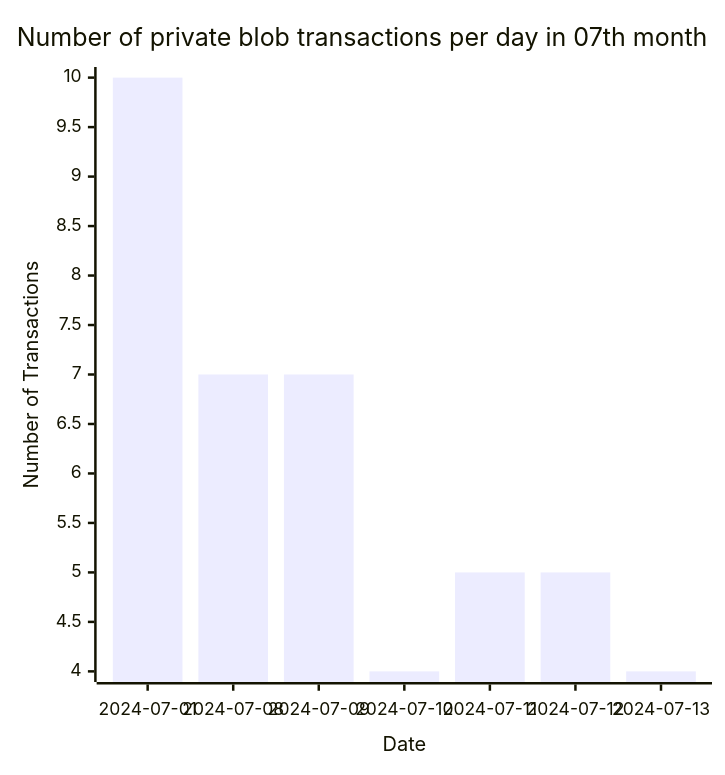
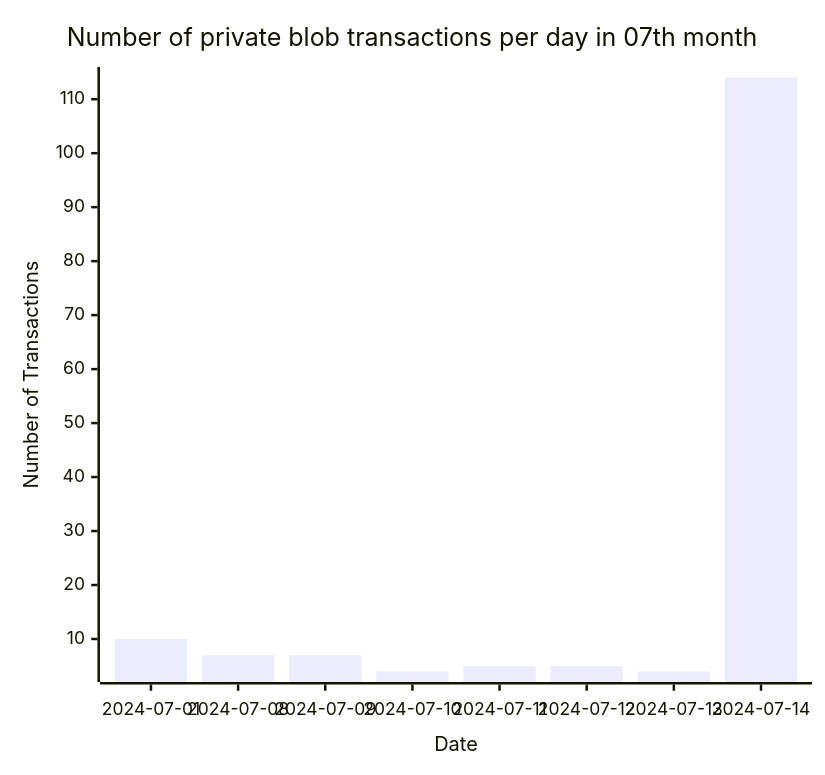
Before and after one commit to Amit0617/eip4844-data: the fifth of 5 diagrams in README.md, drawn with Mermaid. The commit also changed 1 other file, not shown here.

````diff
--- a/README.md
+++ b/README.md
@@ -53,12 +53,12 @@
 ```mermaid
 ---
 config:
     xyChart:
-        width: 560
+        width: 640
         height: 600
 ---
 xychart-beta title "Number of private blob transactions per day in 07th month"
-x-axis "Date" [2024-07-01,2024-07-08,2024-07-09,2024-07-10,2024-07-11,2024-07-12,2024-07-13]
+x-axis "Date" [2024-07-01,2024-07-08,2024-07-09,2024-07-10,2024-07-11,2024-07-12,2024-07-13,2024-07-14]
 y-axis "Number of Transactions"
-bar[10,7,7,4,5,5,4]
+bar[10,7,7,4,5,5,4,114]
 ```
````
